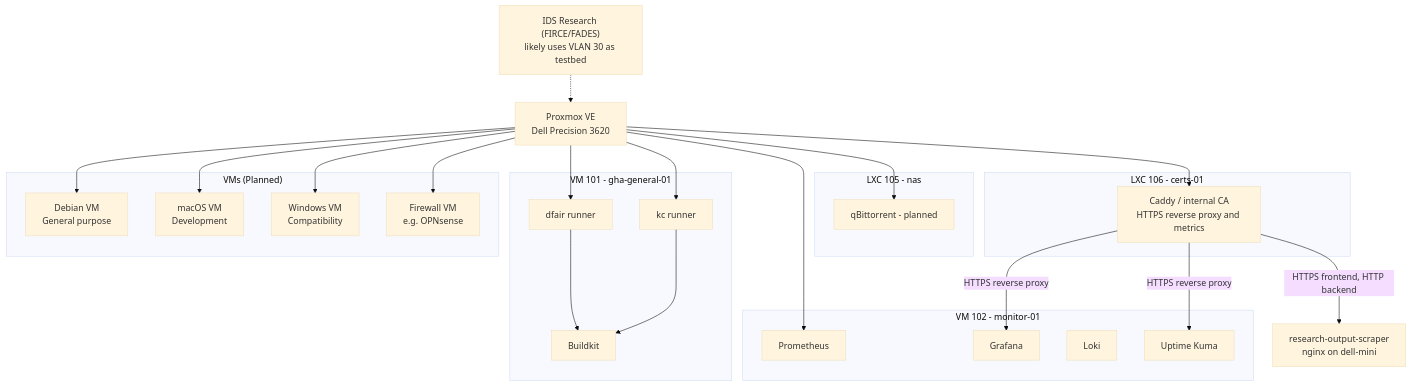
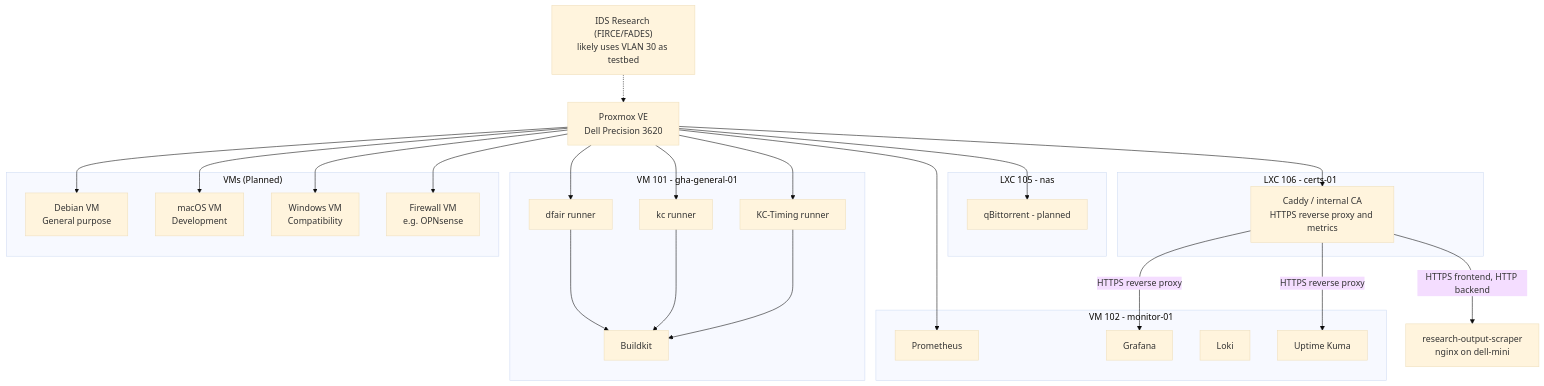
The diagram in docs/services/README.md (sethbarrett50/home_lab_docs), drawn with Mermaid (base theme) before and after one commit. The commit also changed other lines of this file and 8 other files, not shown here.

Commit message:
docs: added timing runner

````diff
--- a/docs/services/README.md
+++ b/docs/services/README.md
@@ -22,51 +22,54 @@
 ```mermaid
 graph TD
     PVE[Proxmox VE\nDell Precision 3620]
 
     subgraph "VMs (Planned)"
         DEBIAN[Debian VM\nGeneral purpose]
         MACOS[macOS VM\nDevelopment]
         WIN[Windows VM\nCompatibility]
         FW[Firewall VM\ne.g. OPNsense]
     end
 
     subgraph "VM 101 - gha-general-01"
         GHA1[dfair runner]
         GHA3[kc runner]
+        GHA4[KC-Timing runner]
         BK[Buildkit]
     end
 
     subgraph "VM 102 - monitor-01"
         PROM[Prometheus]
         GRAF[Grafana]
         LOKI[Loki]
         KUMA[Uptime Kuma]
     end
 
     subgraph "LXC 106 - certs-01"
         CADDY[Caddy / internal CA\nHTTPS reverse proxy and metrics]
     end
 
     subgraph "LXC 105 - nas"
         QB[qBittorrent - planned]
     end
 
     PVE --> DEBIAN
     PVE --> MACOS
     PVE --> WIN
     PVE --> FW
     PVE --> GHA1
     PVE --> GHA3
+    PVE --> GHA4
     GHA1 --> BK
     GHA3 --> BK
+    GHA4 --> BK
     PVE --> PROM
     PVE --> QB
     PVE --> CADDY
     CADDY -->|HTTPS reverse proxy| GRAF
     CADDY -->|HTTPS reverse proxy| KUMA
     LEADERBOARD[research-output-scraper\nnginx on dell-mini] 
     CADDY -->|HTTPS frontend, HTTP backend| LEADERBOARD
 
     IDS["IDS Research (FIRCE/FADES)\nlikely uses VLAN 30 as testbed"]
     IDS -.-> PVE
 ```
````
